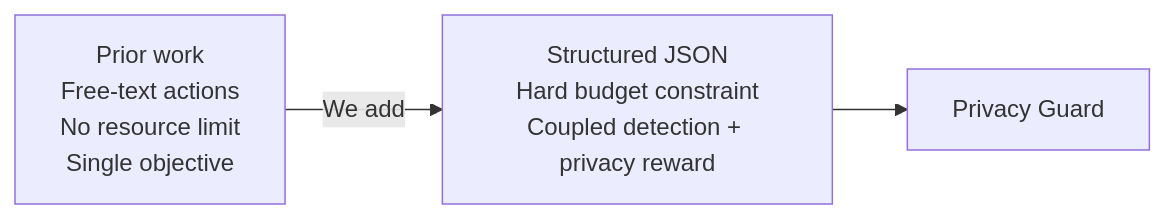
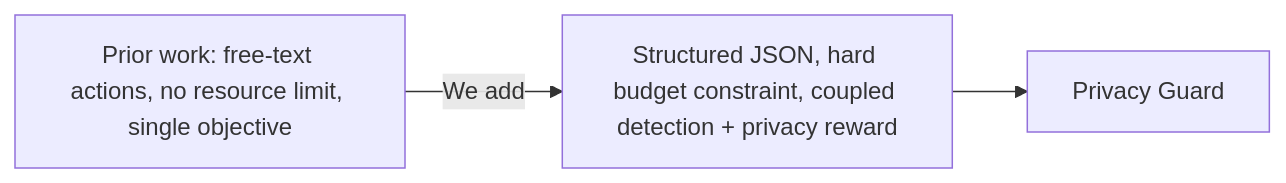
One commit to mohammed840/mohammed840.github.io changed the third of 3 diagrams in _papers/2026-03-13-privacy-guard.md. Above: the diagram before and after it, drawn with Mermaid. The commit also changed other lines of this file and 1 other file, not shown here.

Commit message:
Fix paper: correct mermaid syntax errors, remove bullet points from header lists

```diff
--- a/_papers/2026-03-13-privacy-guard.md
+++ b/_papers/2026-03-13-privacy-guard.md
@@ -194,5 +194,5 @@
 <div class="mermaid">
 graph LR
-    A[Prior work\nFree-text actions\nNo resource limit\nSingle objective] -->|We add| B[Structured JSON\nHard budget constraint\nCoupled detection + privacy reward]
-    B --> C[Privacy Guard]
+    A["Prior work: free-text actions, no resource limit, single objective"] -->|"We add"| B["Structured JSON, hard budget constraint, coupled detection + privacy reward"]
+    B --> C["Privacy Guard"]
 </div>
```
